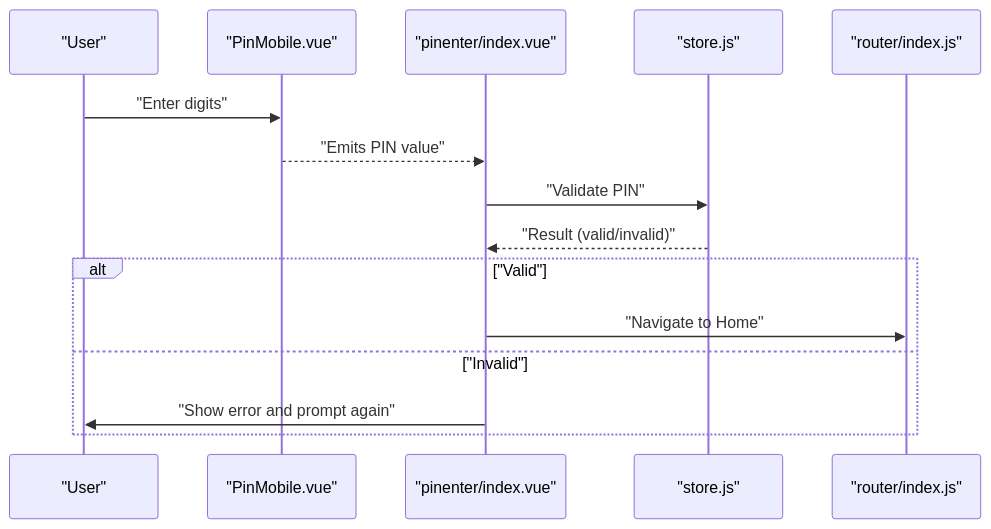
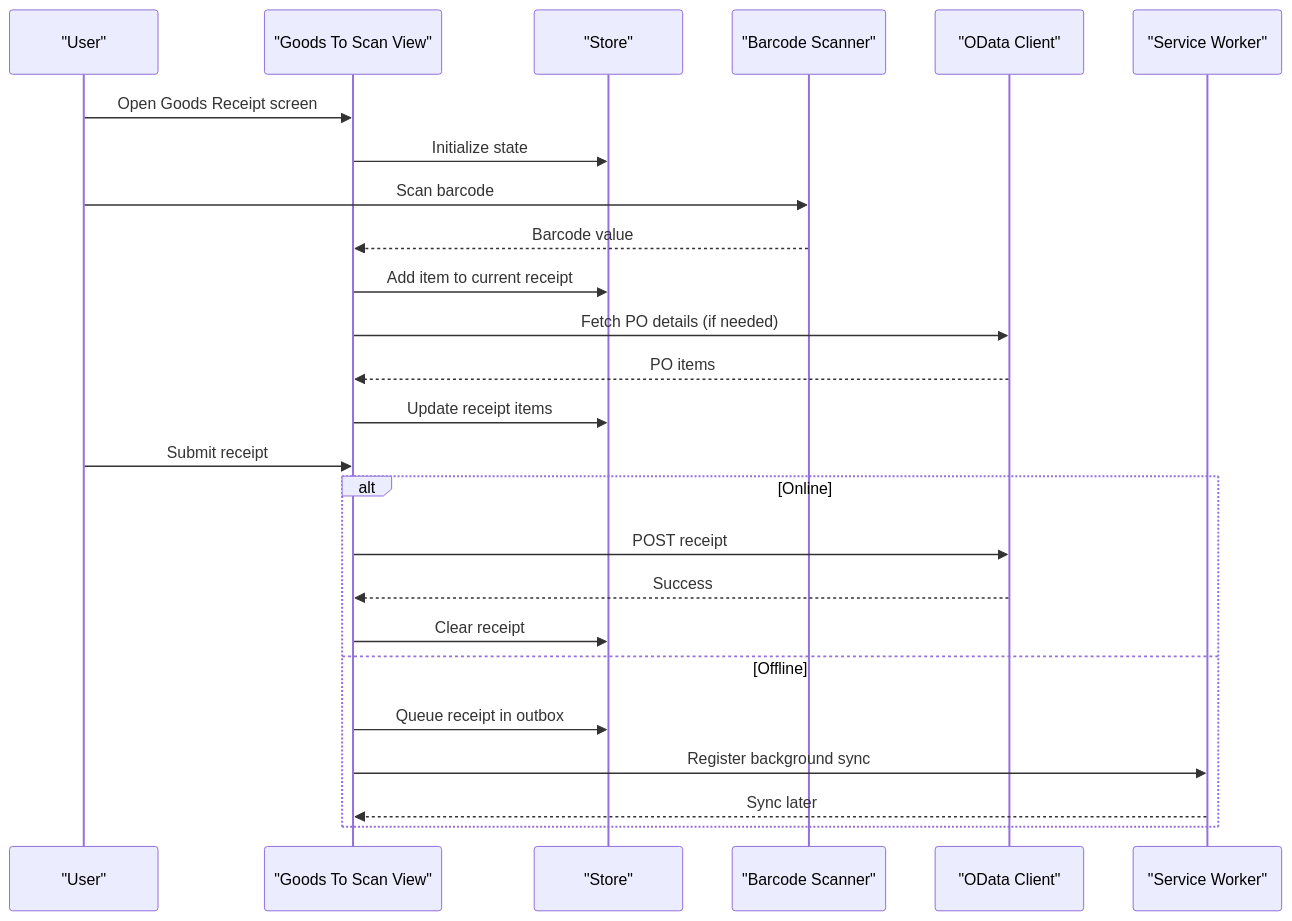
Before and after one commit to weiserman/ahm-gr-scanner-light-mode: the second of 9 diagrams in .qoder/repowiki/en/content/Core Features/Core Features.md, drawn with Mermaid. The commit also changed other lines of this file and 183 other files, not shown here.

````diff
--- a/.qoder/repowiki/en/content/Core Features/Core Features.md
+++ b/.qoder/repowiki/en/content/Core Features/Core Features.md
@@ -188,17 +138,27 @@
 ```mermaid
 sequenceDiagram
-participant U as "User"
-participant P as "PinMobile.vue"
-participant E as "pinenter/index.vue"
-participant ST as "store.js"
-participant R as "router/index.js"
-U->>P : "Enter digits"
-P-->>E : "Emits PIN value"
-E->>ST : "Validate PIN"
-ST-->>E : "Result (valid/invalid)"
-alt "Valid"
-E->>R : "Navigate to Home"
-else "Invalid"
-E->>U : "Show error and prompt again"
+participant User as "User"
+participant View as "Goods To Scan View"
+participant Store as "Store"
+participant Scanner as "Barcode Scanner"
+participant OData as "OData Client"
+participant SW as "Service Worker"
+User->>View : Open Goods Receipt screen
+View->>Store : Initialize state
+User->>Scanner : Scan barcode
+Scanner-->>View : Barcode value
+View->>Store : Add item to current receipt
+View->>OData : Fetch PO details (if needed)
+OData-->>View : PO items
+View->>Store : Update receipt items
+User->>View : Submit receipt
+alt Online
+View->>OData : POST receipt
+OData-->>View : Success
+View->>Store : Clear receipt
+else Offline
+View->>Store : Queue receipt in outbox
+View->>SW : Register background sync
+SW-->>View : Sync later
 end
 ```
````
